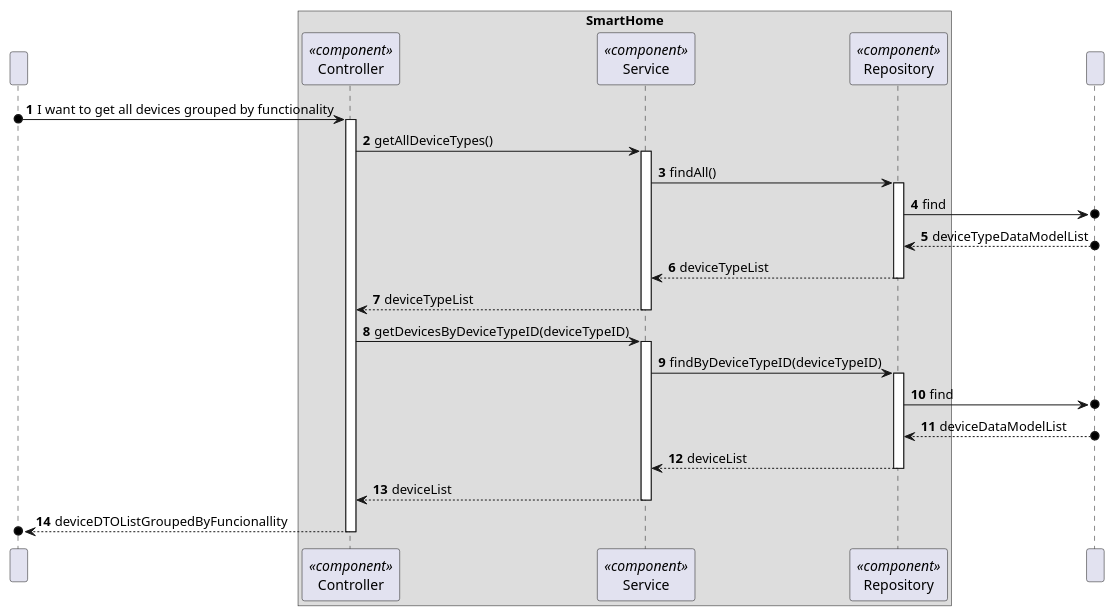
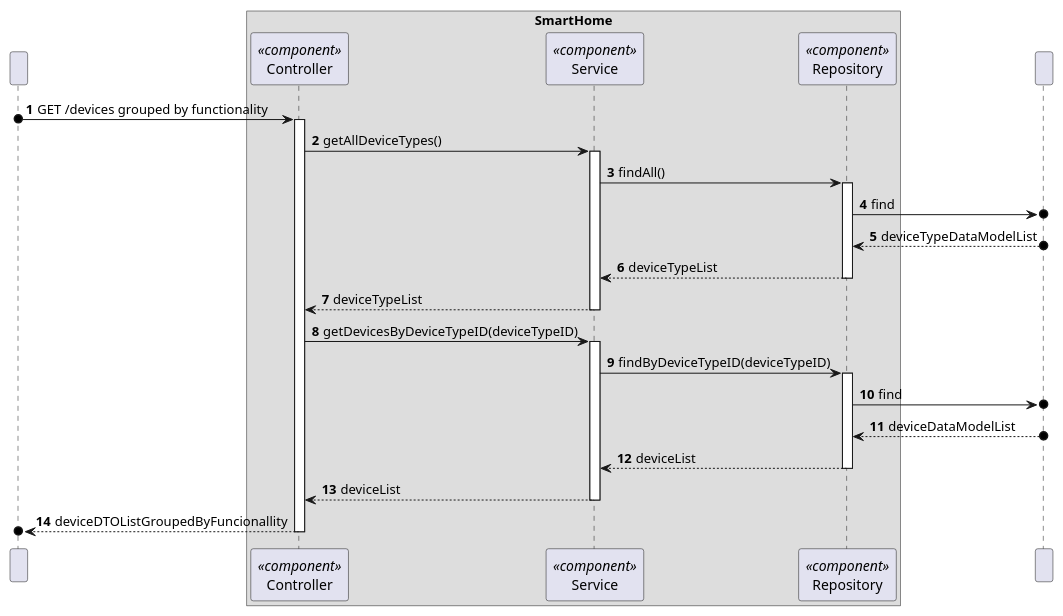
The diagram in docs/C4_4plus1_models/Level4/ProcessView/ProcessViewLevel4_UC09.puml (moutajDev/smarthome), drawn with PlantUML before and after one commit. The commit also changed 38 other files, not shown here.

```diff
--- a/docs/C4_4plus1_models/Level4/ProcessView/ProcessViewLevel4_UC09.puml
+++ b/docs/C4_4plus1_models/Level4/ProcessView/ProcessViewLevel4_UC09.puml
@@ -1,55 +1,55 @@
 @startuml
 'https://plantuml.com/sequence-diagram
 !pragma layout smetana
 
 autonumber
 
 participant " " as User
 
 box "SmartHome"
     participant "Controller" as CTRL<<component>>
     participant "Service" as SV<<component>>
     participant "Repository" as REPO<<component>>
 end box
 participant " " as BD
 
 
-User o-> CTRL : I want to get all devices grouped by functionality
+User o-> CTRL : GET /devices grouped by functionality
 activate CTRL
 
 
 CTRL -> SV: getAllDeviceTypes()
 activate SV
 
 SV -> REPO : findAll()
 activate REPO
 
 REPO ->o BD : find
 BD o--> REPO : deviceTypeDataModelList
 
 REPO --> SV : deviceTypeList
 deactivate REPO
 
 SV --> CTRL : deviceTypeList
 deactivate SV
 
 CTRL -> SV : getDevicesByDeviceTypeID(deviceTypeID)
 activate SV
 
 SV -> REPO : findByDeviceTypeID(deviceTypeID)
 activate REPO
 
 REPO ->o BD : find
 BD o--> REPO : deviceDataModelList
 
 REPO --> SV : deviceList
 deactivate REPO
 
 SV --> CTRL : deviceList
 deactivate SV
 
 CTRL -->o User : deviceDTOListGroupedByFuncionallity
 deactivate CTRL
 
 
 @enduml
```
